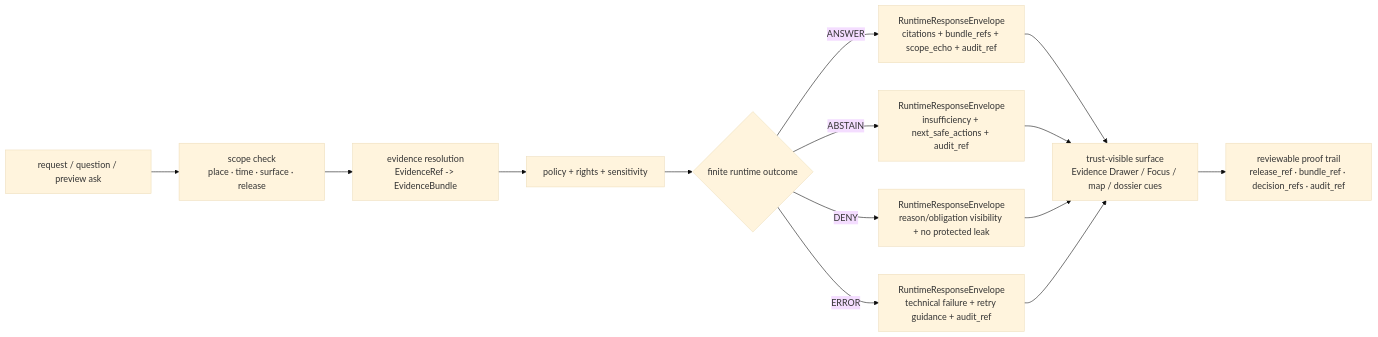
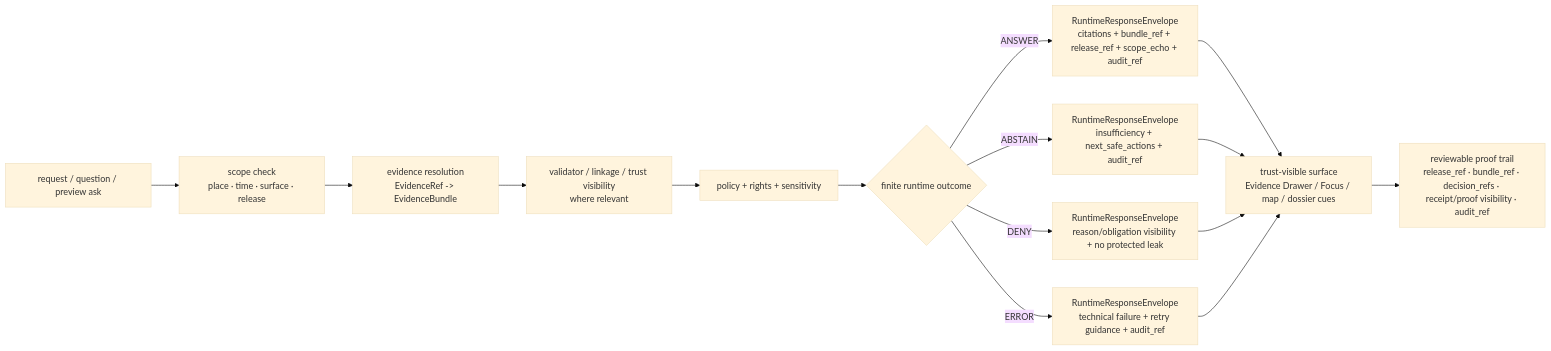
The diagram in tests/e2e/runtime_proof/README.md (bartytime4life/Kansas-Frontier-Matrix), drawn with Mermaid (base theme) before and after one commit. The commit also changed other lines of this file, not shown here.

````diff
--- a/tests/e2e/runtime_proof/README.md
+++ b/tests/e2e/runtime_proof/README.md
@@ -255,18 +415,20 @@
 ```mermaid
 flowchart LR
     Q["request / question / preview ask"] --> S["scope check<br/>place · time · surface · release"]
     S --> ER["evidence resolution<br/>EvidenceRef -> EvidenceBundle"]
-    ER --> P["policy + rights + sensitivity"]
+    ER --> V["validator / linkage / trust visibility<br/>where relevant"]
+    V --> P["policy + rights + sensitivity"]
     P --> O{"finite runtime outcome"}
-    O -->|ANSWER| A["RuntimeResponseEnvelope<br/>citations + bundle_refs + scope_echo + audit_ref"]
+
+    O -->|ANSWER| A["RuntimeResponseEnvelope<br/>citations + bundle_ref + release_ref + scope_echo + audit_ref"]
     O -->|ABSTAIN| B["RuntimeResponseEnvelope<br/>insufficiency + next_safe_actions + audit_ref"]
     O -->|DENY| D["RuntimeResponseEnvelope<br/>reason/obligation visibility + no protected leak"]
     O -->|ERROR| E["RuntimeResponseEnvelope<br/>technical failure + retry guidance + audit_ref"]
 
     A --> UI["trust-visible surface<br/>Evidence Drawer / Focus / map / dossier cues"]
     B --> UI
     D --> UI
     E --> UI
 
-    UI --> R["reviewable proof trail<br/>release_ref · bundle_ref · decision_refs · audit_ref"]
+    UI --> R["reviewable proof trail<br/>release_ref · bundle_ref · decision_refs · receipt/proof visibility · audit_ref"]
 ```
````
